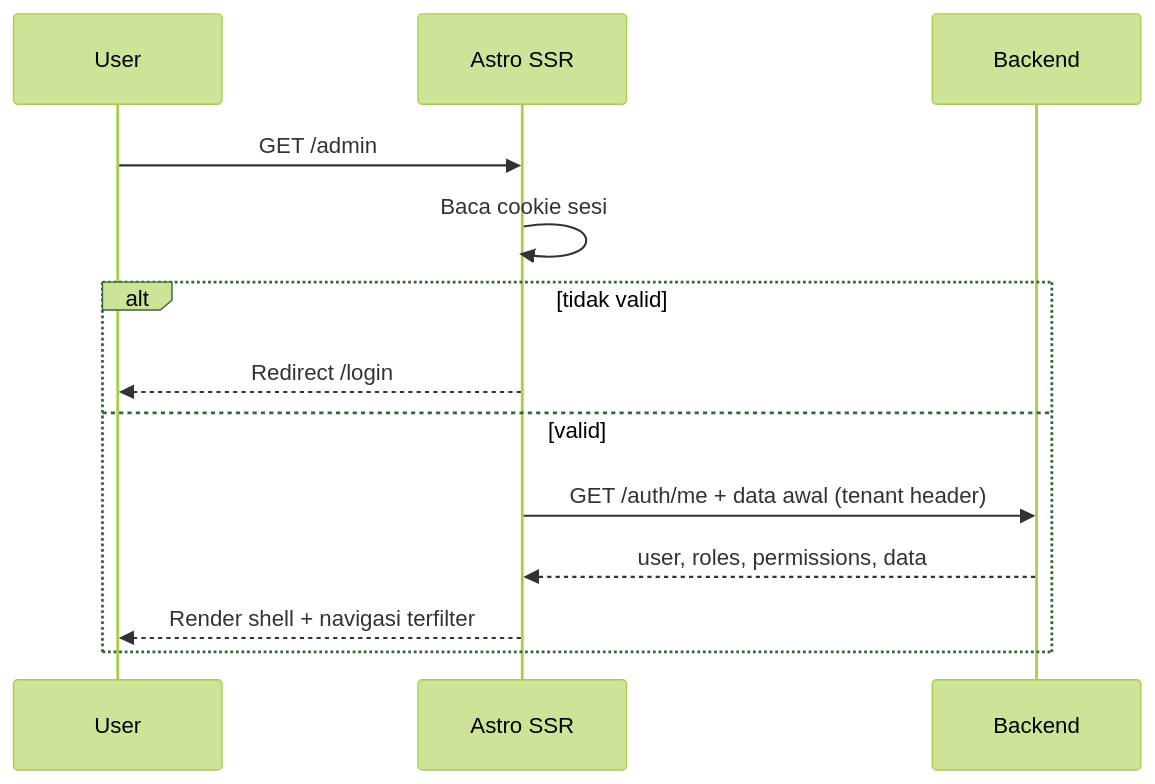
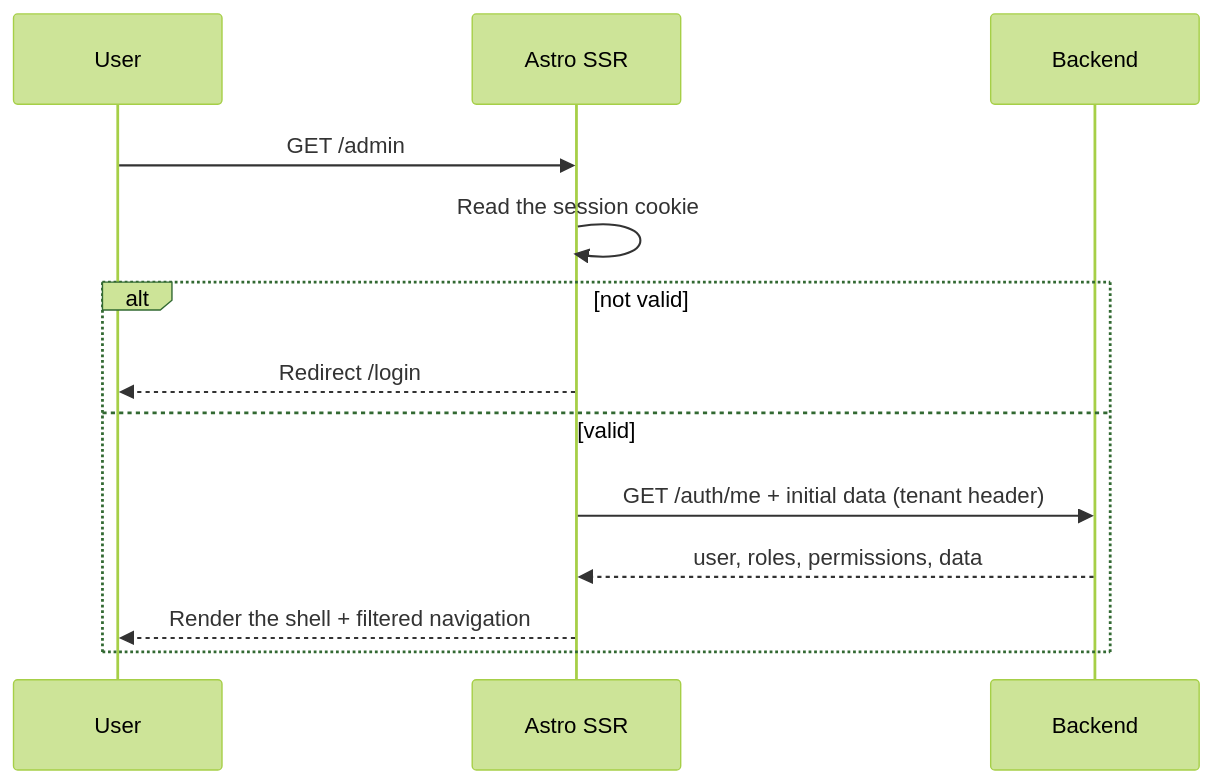
The second of 3 diagrams in docs/awcms/15_frontend_architecture_integration.md (ahliweb/awcms), drawn with Mermaid (forest theme) before and after one commit. The commit also changed other lines of this file and 603 other files, not shown here.

````diff
--- a/docs/awcms/15_frontend_architecture_integration.md
+++ b/docs/awcms/15_frontend_architecture_integration.md
@@ -145,15 +147,15 @@
 ```mermaid
 sequenceDiagram
   participant U as User
   participant FE as Astro SSR
   participant API as Backend
   U->>FE: GET /admin
-  FE->>FE: Baca cookie sesi
-  alt tidak valid
+  FE->>FE: Read the session cookie
+  alt not valid
     FE-->>U: Redirect /login
   else valid
-    FE->>API: GET /auth/me + data awal (tenant header)
+    FE->>API: GET /auth/me + initial data (tenant header)
     API-->>FE: user, roles, permissions, data
-    FE-->>U: Render shell + navigasi terfilter
+    FE-->>U: Render the shell + filtered navigation
   end
 ```
````
